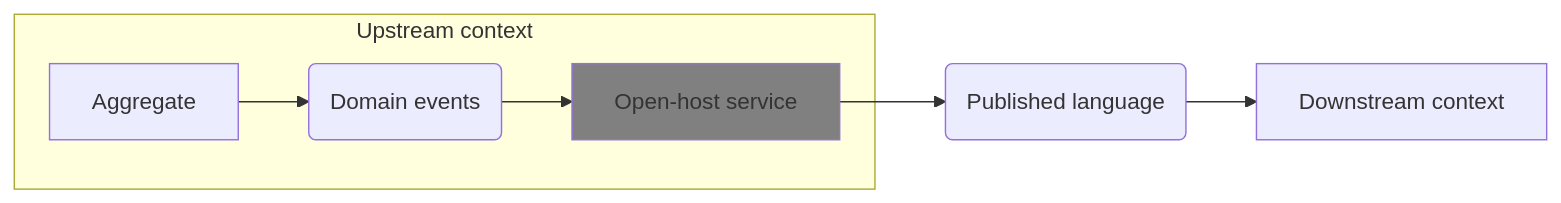
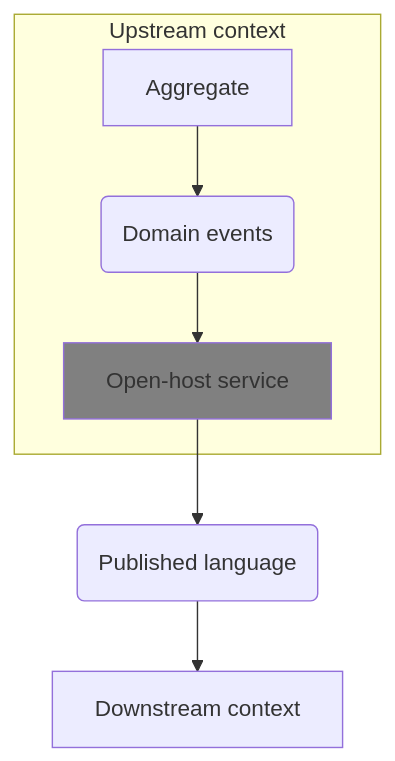
The second of 4 diagrams in docs/books/learning-domain-driven-design.md (tam315/markdown-note2), drawn with Mermaid before and after one commit. The commit also changed other lines of this file, not shown here.

````diff
--- a/docs/books/learning-domain-driven-design.md
+++ b/docs/books/learning-domain-driven-design.md
@@ -601,10 +597,15 @@
 ```mermaid
-graph LR
-    subgraph "Upstream context"
-        A[Aggregate] --> B(Domain events)
-        B --> C[Open-host service]
-    end
-    C --> D(Published language)
-    D --> E[Downstream context]
-    style C fill:gray
+flowchart TB
+  subgraph subGraph0["Upstream context"]
+    B("Domain events")
+    A["Aggregate"]
+    C["Open-host service"]
+  end
+
+  A --> B
+  B --> C
+  C --> D("Published language")
+  D --> E["Downstream context"]
+
+  style C fill:gray
 ```
````
